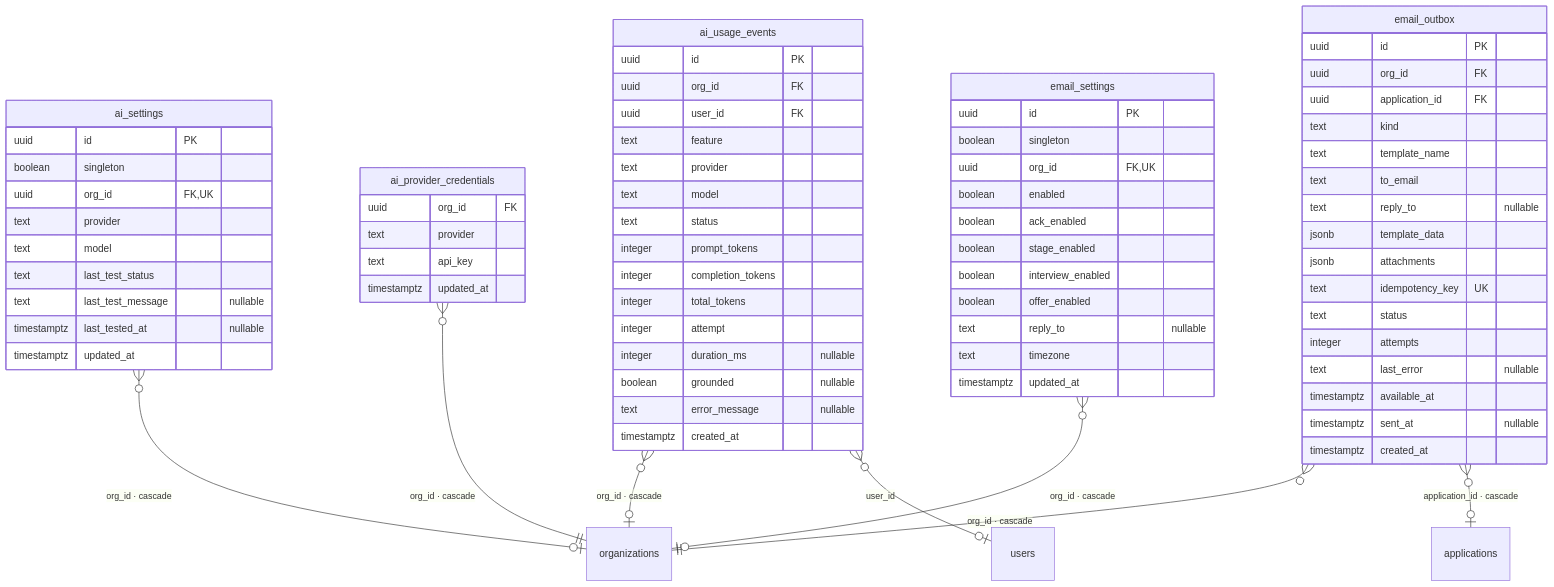
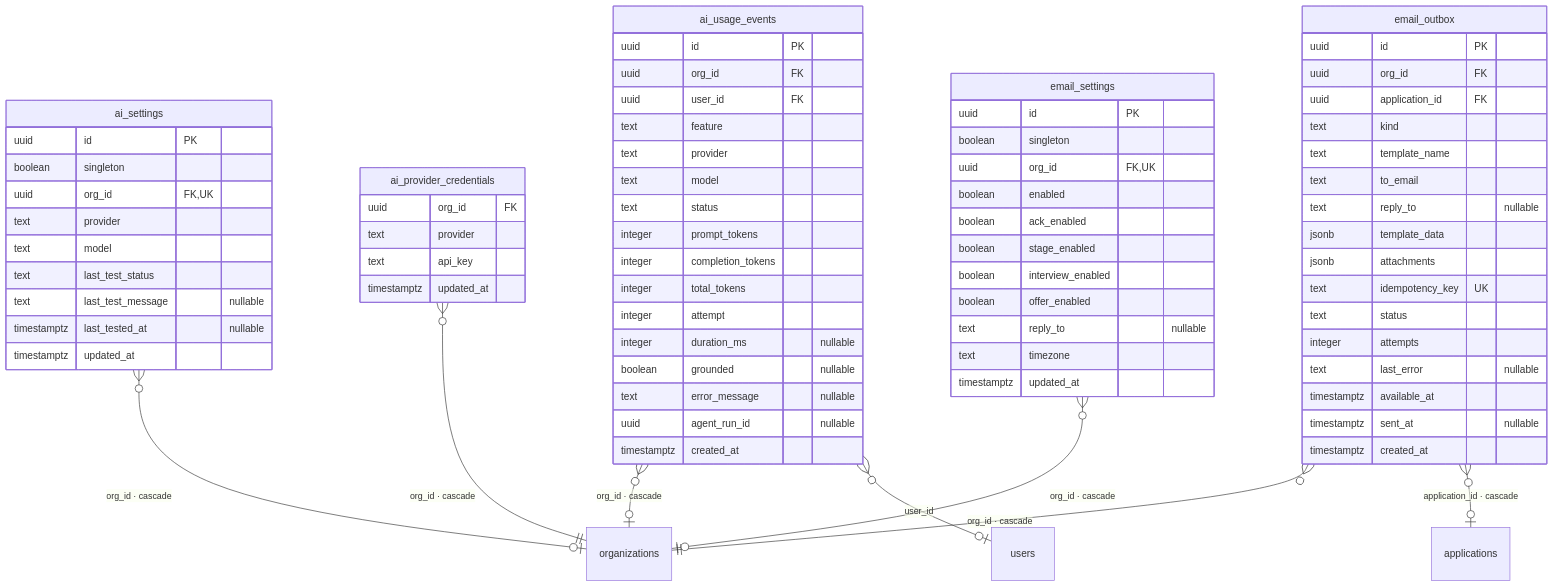
One commit to madhugraj/ATSAgent changed the ninth of 9 diagrams in docs/er-diagram.md. Above: the diagram before and after it, drawn with Mermaid. The commit also changed other lines of this file and 29 other files, not shown here.

````diff
--- a/docs/er-diagram.md
+++ b/docs/er-diagram.md
@@ -882,76 +882,77 @@
 ```mermaid
 erDiagram
   ai_settings {
     uuid id PK
     boolean singleton
     uuid org_id FK,UK
     text provider
     text model
     text last_test_status
     text last_test_message "nullable"
     timestamptz last_tested_at "nullable"
     timestamptz updated_at
   }
   ai_provider_credentials {
     uuid org_id FK
     text provider
     text api_key
     timestamptz updated_at
   }
   ai_usage_events {
     uuid id PK
     uuid org_id FK
     uuid user_id FK
     text feature
     text provider
     text model
     text status
     integer prompt_tokens
     integer completion_tokens
     integer total_tokens
     integer attempt
     integer duration_ms "nullable"
     boolean grounded "nullable"
     text error_message "nullable"
+    uuid agent_run_id "nullable"
     timestamptz created_at
   }
   email_outbox {
     uuid id PK
     uuid org_id FK
     uuid application_id FK
     text kind
     text template_name
     text to_email
     text reply_to "nullable"
     jsonb template_data
     jsonb attachments
     text idempotency_key UK
     text status
     integer attempts
     text last_error "nullable"
     timestamptz available_at
     timestamptz sent_at "nullable"
     timestamptz created_at
   }
   email_settings {
     uuid id PK
     boolean singleton
     uuid org_id FK,UK
     boolean enabled
     boolean ack_enabled
     boolean stage_enabled
     boolean interview_enabled
     boolean offer_enabled
     text reply_to "nullable"
     text timezone
     timestamptz updated_at
   }
 
   ai_settings }o--o| organizations : "org_id · cascade"
   ai_provider_credentials }o--|| organizations : "org_id · cascade"
   ai_usage_events }o--o| organizations : "org_id · cascade"
   ai_usage_events }o--o| users : "user_id"
   email_outbox }o--|| organizations : "org_id · cascade"
   email_outbox }o--o| applications : "application_id · cascade"
   email_settings }o--o| organizations : "org_id · cascade"
 ```
````
